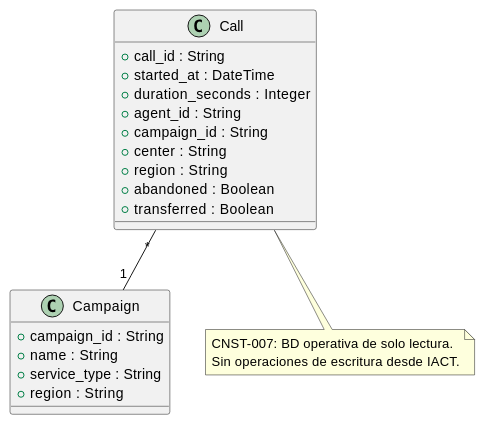
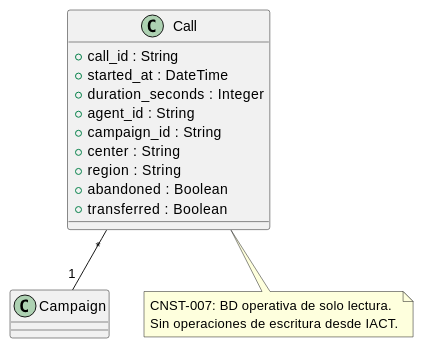
Before and after one commit to jcg-admin/IACT-docs: the diagram in source/arquitectura-tecnica/domain-model/call.rst, drawn with PlantUML. The commit also changed other lines of this file and 6 other files, not shown here.

```diff
--- a/source/arquitectura-tecnica/domain-model/call.rst
+++ b/source/arquitectura-tecnica/domain-model/call.rst
@@ -25,32 +25,26 @@
 .. uml::
  :caption: Clase Call — registro operativo de llamada (solo lectura).
 
  @startuml
 
  class Call {
    + call_id : String
    + started_at : DateTime
    + duration_seconds : Integer
    + agent_id : String
    + campaign_id : String
    + center : String
    + region : String
    + abandoned : Boolean
    + transferred : Boolean
  }
 
- class Campaign {
-   + campaign_id : String
-   + name : String
-   + service_type : String
-   + region : String
- }
 
  Call "*" -- "1" Campaign
 
  note bottom of Call
    CNST-007: BD operativa de solo lectura.
    Sin operaciones de escritura desde IACT.
  end note
 
  @enduml
```
